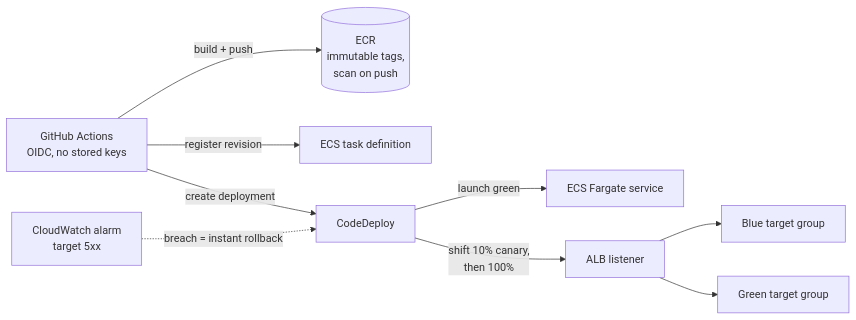
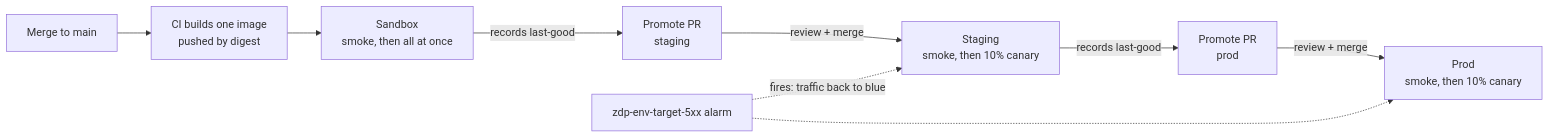
Before and after one commit to chrisfixesit/zero-downtime-pipeline: the diagram in README.md, drawn with Mermaid. The commit also changed other lines of this file and 70 other files, not shown here.

First line of the commit message:
Trunk-based delivery with CodeDeploy canary and AppConfig flags (#1)

````diff
--- a/README.md
+++ b/README.md
@@ -9,11 +17,11 @@
 ```mermaid
 flowchart LR
-    GH[GitHub Actions<br/>OIDC, no stored keys] -->|build + push| ECR[(ECR<br/>immutable tags,<br/>scan on push)]
-    GH -->|register revision| TD[ECS task definition]
-    GH -->|create deployment| CD[CodeDeploy]
-    CD -->|launch green| ECS[ECS Fargate service]
-    CD -->|shift 10% canary,<br/>then 100%| ALB[ALB listener]
-    ALB --> BLUE[Blue target group]
-    ALB --> GREEN[Green target group]
-    CW[CloudWatch alarm<br/>target 5xx] -.->|breach = instant rollback| CD
+    M[Merge to main] --> B[CI builds one image<br/>pushed by digest]
+    B --> S[Sandbox<br/>smoke, then all at once]
+    S -->|records last-good| P1[Promote PR<br/>staging]
+    P1 -->|review + merge| ST[Staging<br/>smoke, then 10% canary]
+    ST -->|records last-good| P2[Promote PR<br/>prod]
+    P2 -->|review + merge| PR[Prod<br/>smoke, then 10% canary]
+    A[zdp-env-target-5xx alarm] -.->|fires: traffic back to blue| ST
+    A -.-> PR
 ```
````
